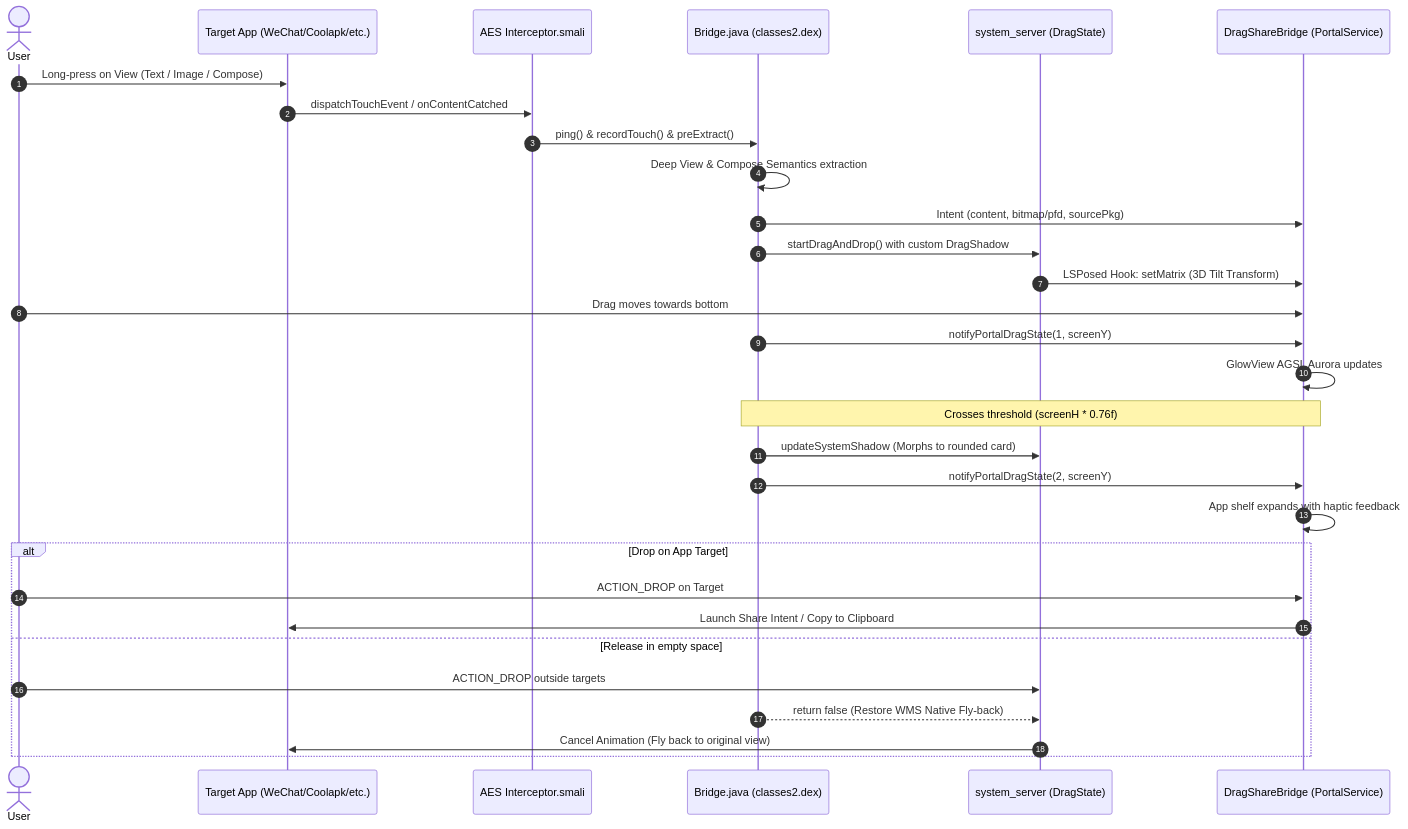
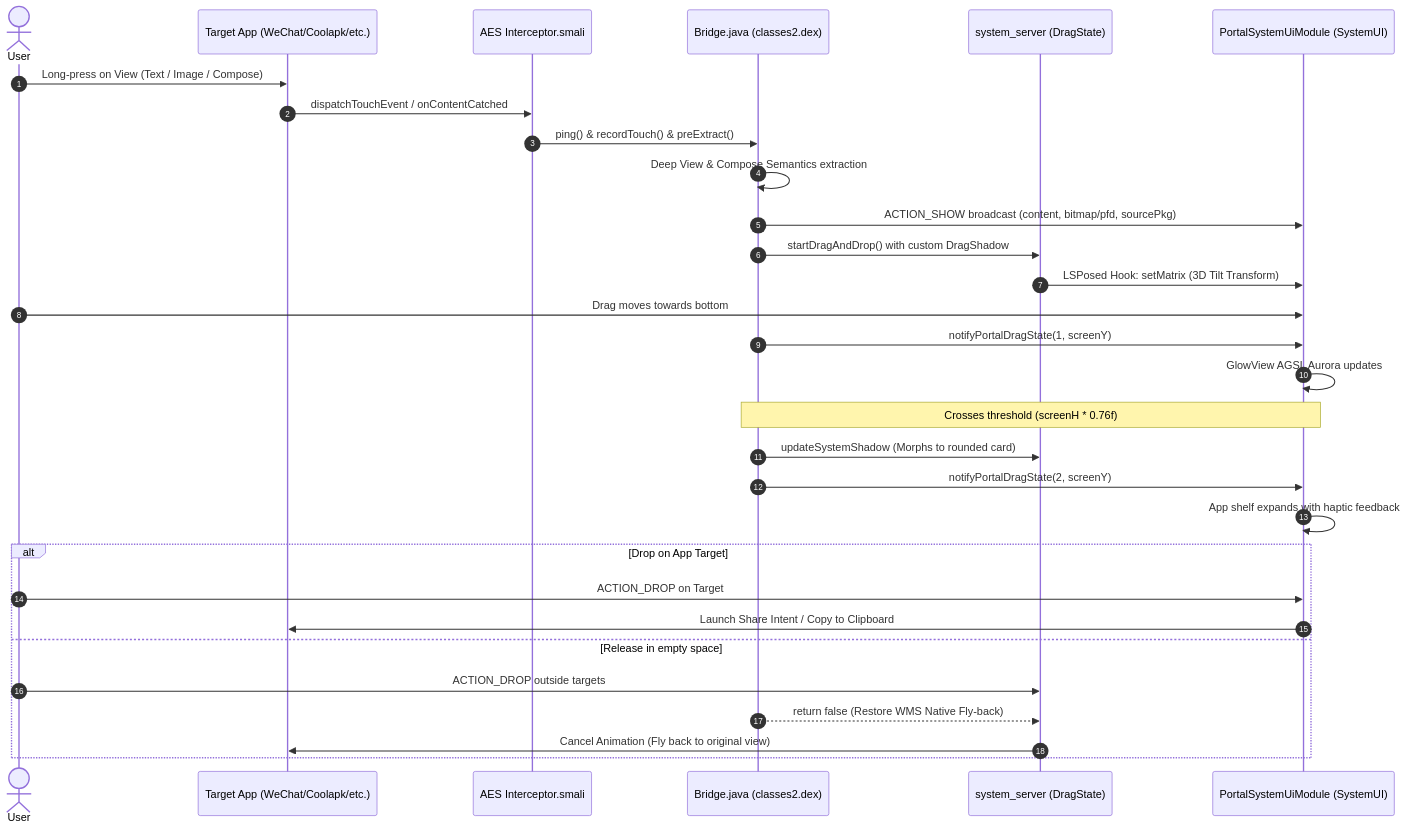
One commit to Leaf-lsgtky/HyperPortal changed the diagram in docs/ARCHITECTURE.md. Above: the diagram before and after it, drawn with Mermaid. The commit also changed other lines of this file, not shown here.

First line of the commit message:
docs: align architecture with the systemui-only portal

````diff
--- a/docs/ARCHITECTURE.md
+++ b/docs/ARCHITECTURE.md
@@ -12,33 +12,33 @@
 ```mermaid
 sequenceDiagram
     autonumber
     actor User
     participant App as Target App (WeChat/Coolapk/etc.)
     participant Interceptor as AES Interceptor.smali
     participant Bridge as Bridge.java (classes2.dex)
     participant WMS as system_server (DragState)
-    participant Portal as DragShareBridge (PortalService)
+    participant Portal as PortalSystemUiModule (SystemUI)
 
     User->>App: Long-press on View (Text / Image / Compose)
     App->>Interceptor: dispatchTouchEvent / onContentCatched
     Interceptor->>Bridge: ping() & recordTouch() & preExtract()
     Bridge->>Bridge: Deep View & Compose Semantics extraction
-    Bridge->>Portal: Intent (content, bitmap/pfd, sourcePkg)
+    Bridge->>Portal: ACTION_SHOW broadcast (content, bitmap/pfd, sourcePkg)
     Bridge->>WMS: startDragAndDrop() with custom DragShadow
     WMS->>Portal: LSPosed Hook: setMatrix (3D Tilt Transform)
     User->>Portal: Drag moves towards bottom
     Bridge->>Portal: notifyPortalDragState(1, screenY)
     Portal->>Portal: GlowView AGSL Aurora updates
     Note over Bridge,Portal: Crosses threshold (screenH * 0.76f)
     Bridge->>WMS: updateSystemShadow (Morphs to rounded card)
     Bridge->>Portal: notifyPortalDragState(2, screenY)
     Portal->>Portal: App shelf expands with haptic feedback
     alt Drop on App Target
         User->>Portal: ACTION_DROP on Target
         Portal->>App: Launch Share Intent / Copy to Clipboard
     else Release in empty space
         User->>WMS: ACTION_DROP outside targets
         Bridge-->>WMS: return false (Restore WMS Native Fly-back)
         WMS->>App: Cancel Animation (Fly back to original view)
     end
 ```
````
